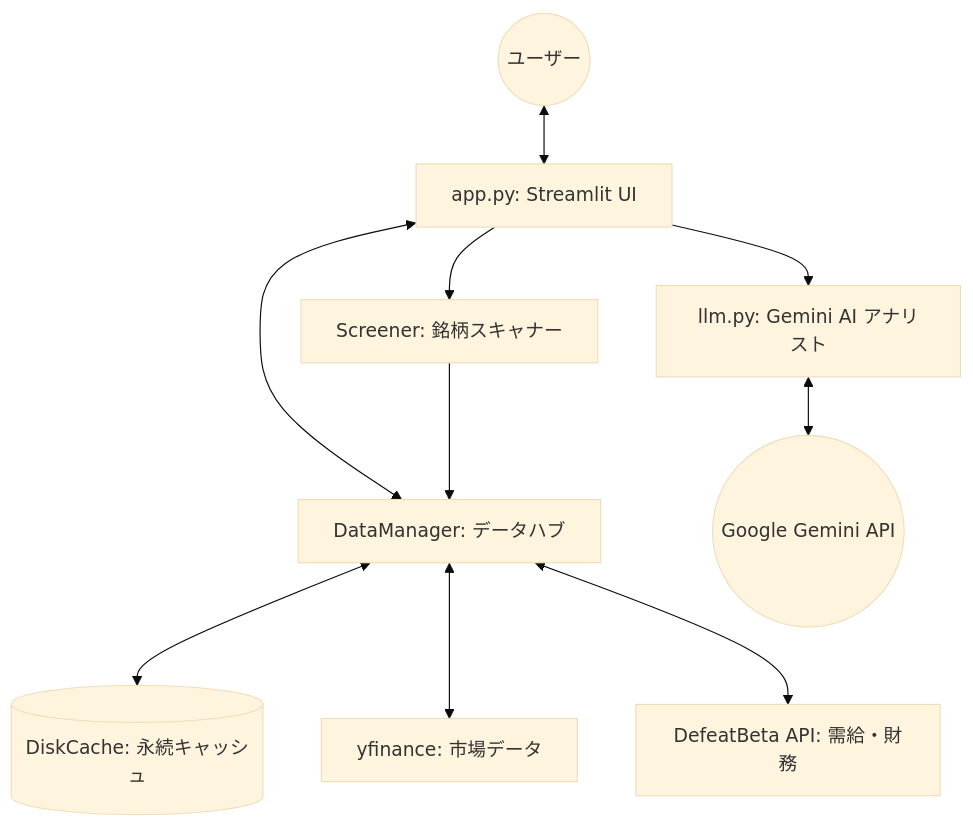
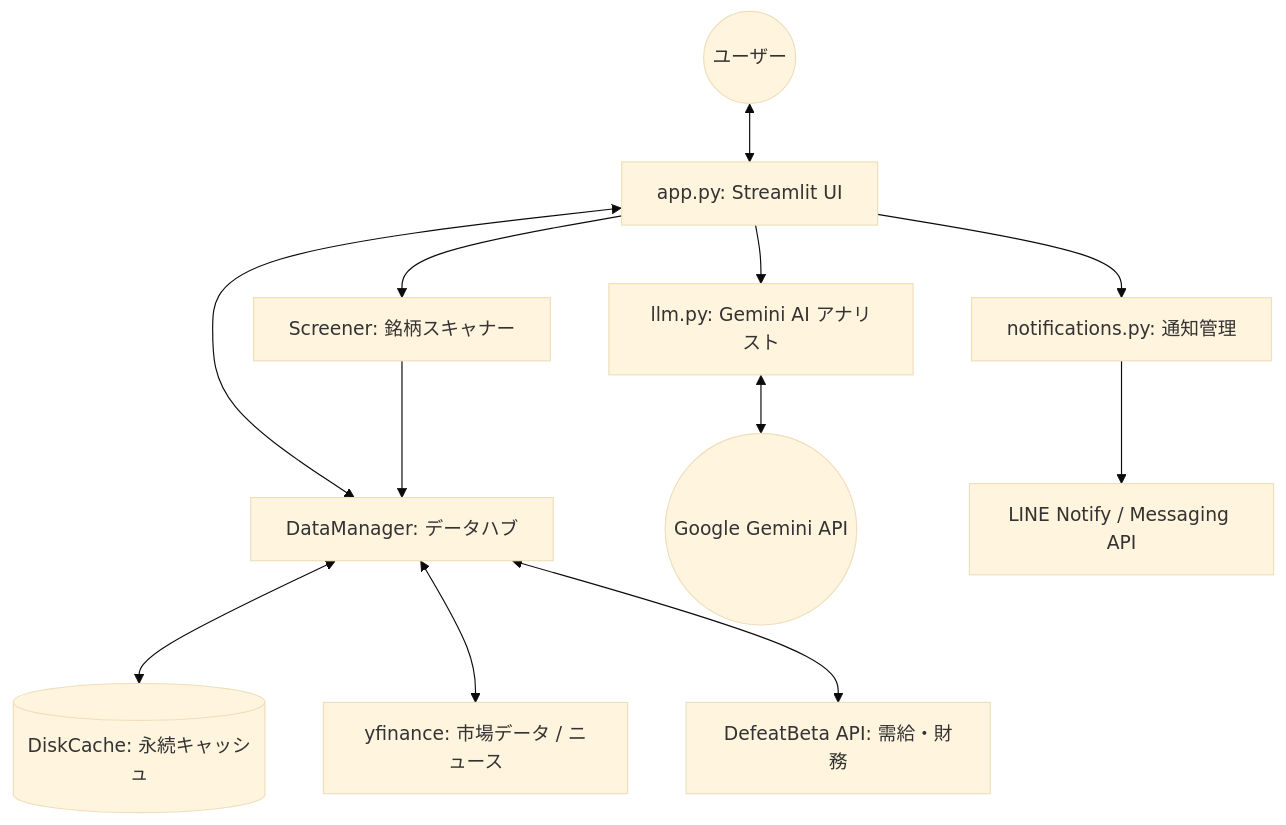
The diagram in docs/system_overview_v2/system_design.md (cki38570/kabuzan), drawn with Mermaid (base theme) before and after one commit. The commit also changed other lines of this file and 17 other files, not shown here.

Commit message:
Upgrade to Kabuzan v3.0: Lightweight Charts, Advanced AI Analyst with Self-Reflection, & DefeatBeta Transcripts

````diff
--- a/docs/system_overview_v2/system_design.md
+++ b/docs/system_overview_v2/system_design.md
@@ -23,12 +24,14 @@
 ```mermaid
 graph TD
     User((ユーザー)) <--> UI[app.py: Streamlit UI]
     UI <--> DM[DataManager: データハブ]
     DM <--> Cache[(DiskCache: 永続キャッシュ)]
-    DM <--> YF[yfinance: 市場データ]
+    DM <--> YF[yfinance: 市場データ / ニュース]
     DM <--> DB[DefeatBeta API: 需給・財務]
     UI --> LLM[llm.py: Gemini AI アナリスト]
     LLM <--> Gemini((Google Gemini API))
     UI --> Sc[Screener: 銘柄スキャナー]
+    UI --> Noti[notifications.py: 通知管理]
+    Noti --> LINE[LINE Notify / Messaging API]
     Sc --> DM
 ```
````
